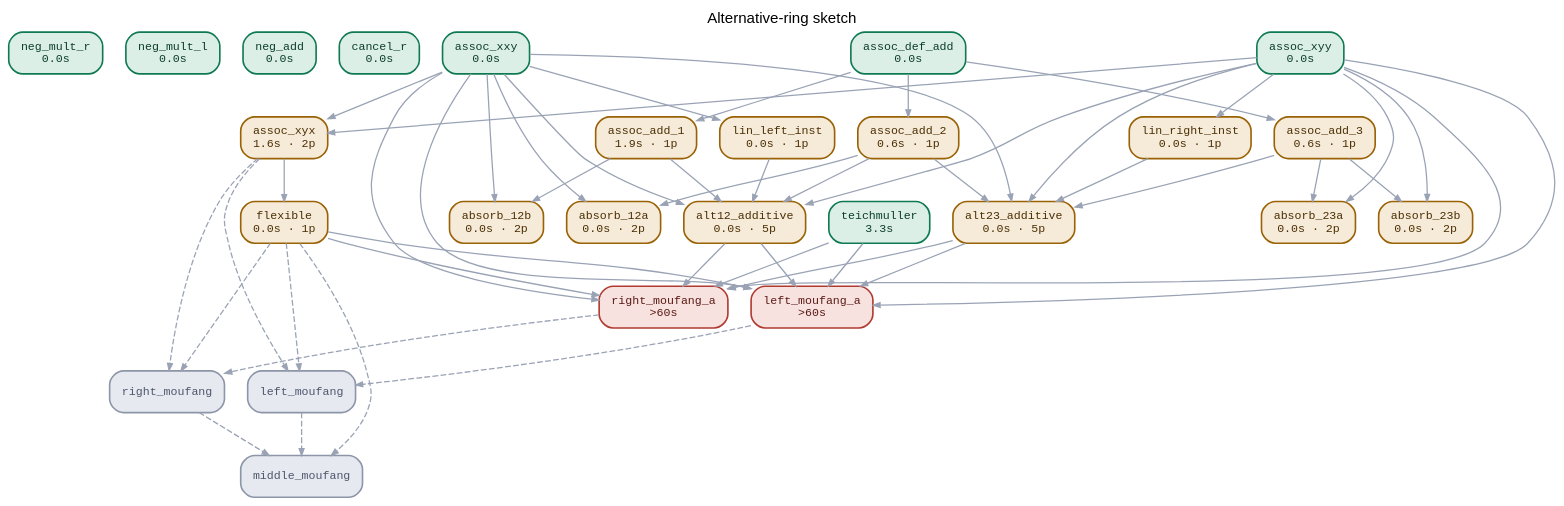
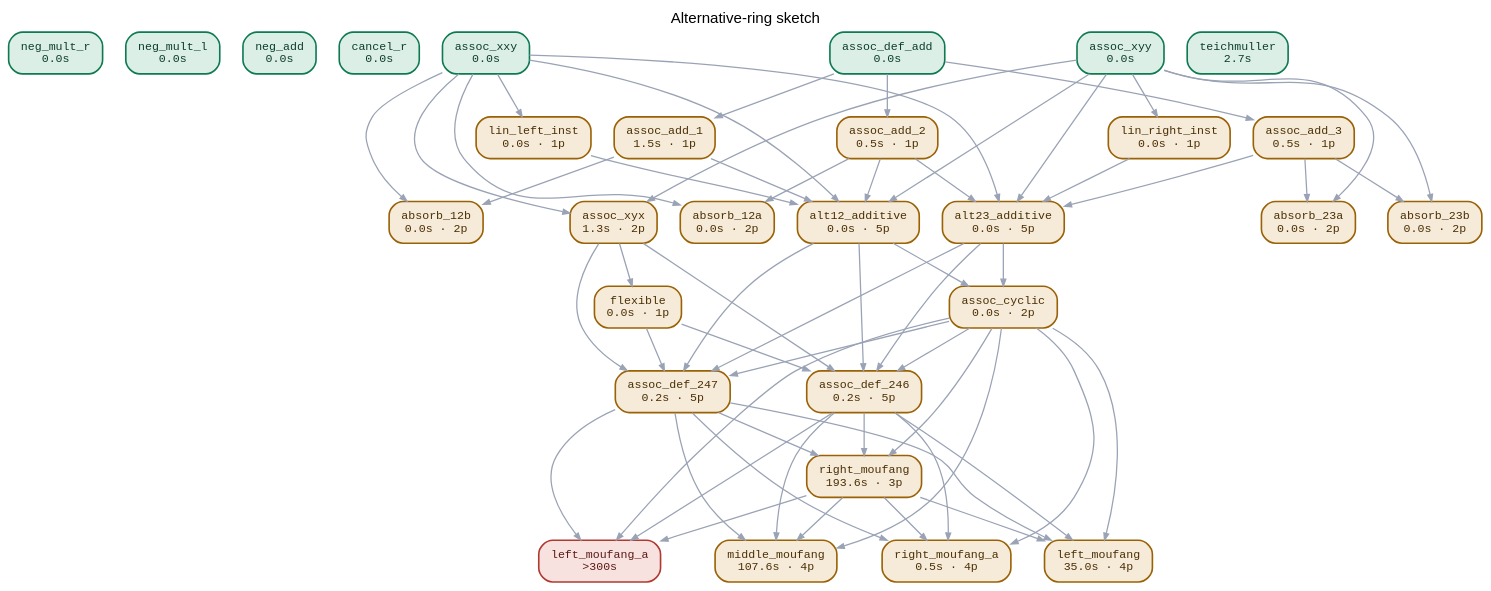
The diagram in docs/img/rng_dag.dot (yalhessi/overtone), drawn with Graphviz before and after one commit. The commit also changed 4 other files, not shown here.

```diff
--- a/docs/img/rng_dag.dot
+++ b/docs/img/rng_dag.dot
@@ -9,12 +9,12 @@
   "cancel_r" [id="node-cancel_r" class="n-proved" label="cancel_r\n0.0s" fillcolor="#dcefe6" color="#0f7a52" fontcolor="#0b3d2a" tooltip="add(add(X,Y),additive_inverse(Y)) = X  —  proved from the axioms"];
   "assoc_xxy" [id="node-assoc_xxy" class="n-proved" label="assoc_xxy\n0.0s" fillcolor="#dcefe6" color="#0f7a52" fontcolor="#0b3d2a" tooltip="associator(X,X,Y) = additive_identity  —  proved from the axioms"];
   "assoc_xyy" [id="node-assoc_xyy" class="n-proved" label="assoc_xyy\n0.0s" fillcolor="#dcefe6" color="#0f7a52" fontcolor="#0b3d2a" tooltip="associator(X,Y,Y) = additive_identity  —  proved from the axioms"];
-  "assoc_xyx" [id="node-assoc_xyx" class="n-proved_scoped" label="assoc_xyx\n1.6s · 2p" fillcolor="#f6ebd8" color="#9a6206" fontcolor="#4a2f05" tooltip="associator(X,Y,X) = additive_identity  —  proved with its parents supplied"];
+  "assoc_xyx" [id="node-assoc_xyx" class="n-proved_scoped" label="assoc_xyx\n1.3s · 2p" fillcolor="#f6ebd8" color="#9a6206" fontcolor="#4a2f05" tooltip="associator(X,Y,X) = additive_identity  —  proved with its parents supplied"];
   "flexible" [id="node-flexible" class="n-proved_scoped" label="flexible\n0.0s · 1p" fillcolor="#f6ebd8" color="#9a6206" fontcolor="#4a2f05" tooltip="multiply(multiply(X,Y),X) = multiply(X,multiply(Y,X))  —  proved with its parents supplied"];
   "assoc_def_add" [id="node-assoc_def_add" class="n-proved" label="assoc_def_add\n0.0s" fillcolor="#dcefe6" color="#0f7a52" fontcolor="#0b3d2a" tooltip="add(associator(X,Y,Z),multiply(X,multiply(Y,Z))) = multiply(multiply(X,Y),Z)  —  proved from the axioms"];
-  "assoc_add_1" [id="node-assoc_add_1" class="n-proved_scoped" label="assoc_add_1\n1.9s · 1p" fillcolor="#f6ebd8" color="#9a6206" fontcolor="#4a2f05" tooltip="associator(add(X,Y),Z,W) = add(associator(X,Z,W),associator(Y,Z,W))  —  proved with its parents supplied"];
-  "assoc_add_2" [id="node-assoc_add_2" class="n-proved_scoped" label="assoc_add_2\n0.6s · 1p" fillcolor="#f6ebd8" color="#9a6206" fontcolor="#4a2f05" tooltip="associator(X,add(Y,Z),W) = add(associator(X,Y,W),associator(X,Z,W))  —  proved with its parents supplied"];
-  "assoc_add_3" [id="node-assoc_add_3" class="n-proved_scoped" label="assoc_add_3\n0.6s · 1p" fillcolor="#f6ebd8" color="#9a6206" fontcolor="#4a2f05" tooltip="associator(X,Y,add(Z,W)) = add(associator(X,Y,Z),associator(X,Y,W))  —  proved with its parents supplied"];
+  "assoc_add_1" [id="node-assoc_add_1" class="n-proved_scoped" label="assoc_add_1\n1.5s · 1p" fillcolor="#f6ebd8" color="#9a6206" fontcolor="#4a2f05" tooltip="associator(add(X,Y),Z,W) = add(associator(X,Z,W),associator(Y,Z,W))  —  proved with its parents supplied"];
+  "assoc_add_2" [id="node-assoc_add_2" class="n-proved_scoped" label="assoc_add_2\n0.5s · 1p" fillcolor="#f6ebd8" color="#9a6206" fontcolor="#4a2f05" tooltip="associator(X,add(Y,Z),W) = add(associator(X,Y,W),associator(X,Z,W))  —  proved with its parents supplied"];
+  "assoc_add_3" [id="node-assoc_add_3" class="n-proved_scoped" label="assoc_add_3\n0.5s · 1p" fillcolor="#f6ebd8" color="#9a6206" fontcolor="#4a2f05" tooltip="associator(X,Y,add(Z,W)) = add(associator(X,Y,Z),associator(X,Y,W))  —  proved with its parents supplied"];
   "lin_left_inst" [id="node-lin_left_inst" class="n-proved_scoped" label="lin_left_inst\n0.0s · 1p" fillcolor="#f6ebd8" color="#9a6206" fontcolor="#4a2f05" tooltip="associator(add(X,Y),add(X,Y),Z) = additive_identity  —  proved with its parents supplied"];
   "lin_right_inst" [id="node-lin_right_inst" class="n-proved_scoped" label="lin_right_inst\n0.0s · 1p" fillcolor="#f6ebd8" color="#9a6206" fontcolor="#4a2f05" tooltip="associator(X,add(Y,Z),add(Y,Z)) = additive_identity  —  proved with its parents supplied"];
   "alt12_additive" [id="node-alt12_additive" class="n-proved_scoped" label="alt12_additive\n0.0s · 5p" fillcolor="#f6ebd8" color="#9a6206" fontcolor="#4a2f05" tooltip="add(associator(X,Y,Z),associator(Y,X,Z)) = additive_identity  —  proved with its parents supplied"];
@@ -23,12 +23,15 @@
   "absorb_12b" [id="node-absorb_12b" class="n-proved_scoped" label="absorb_12b\n0.0s · 2p" fillcolor="#f6ebd8" color="#9a6206" fontcolor="#4a2f05" tooltip="associator(add(X,Y),Y,Z) = associator(X,Y,Z)  —  proved with its parents supplied"];
   "absorb_23a" [id="node-absorb_23a" class="n-proved_scoped" label="absorb_23a\n0.0s · 2p" fillcolor="#f6ebd8" color="#9a6206" fontcolor="#4a2f05" tooltip="associator(X,Y,add(Y,Z)) = associator(X,Y,Z)  —  proved with its parents supplied"];
   "absorb_23b" [id="node-absorb_23b" class="n-proved_scoped" label="absorb_23b\n0.0s · 2p" fillcolor="#f6ebd8" color="#9a6206" fontcolor="#4a2f05" tooltip="associator(X,Y,add(Z,Y)) = associator(X,Y,Z)  —  proved with its parents supplied"];
-  "teichmuller" [id="node-teichmuller" class="n-proved" label="teichmuller\n3.3s" fillcolor="#dcefe6" color="#0f7a52" fontcolor="#0b3d2a" tooltip="add(associator(multiply(X,Y),Z,W),associator(X,Y,multiply(Z,W))) = add(add(associator(X,multiply(Y,Z),W),multiply(X,associator(Y,Z,W))),multiply(associator(X,Y,Z),W))  —  proved from the axioms"];
-  "right_moufang_a" [id="node-right_moufang_a" class="n-failed" label="right_moufang_a\n>60s" fillcolor="#f7e2df" color="#b03a30" fontcolor="#5a1a15" tooltip="associator(X,multiply(X,Y),Z) = multiply(associator(X,Y,Z),X)  —  attempted, unproven"];
-  "left_moufang_a" [id="node-left_moufang_a" class="n-failed" label="left_moufang_a\n>60s" fillcolor="#f7e2df" color="#b03a30" fontcolor="#5a1a15" tooltip="associator(X,multiply(Y,X),Z) = multiply(X,associator(X,Y,Z))  —  attempted, unproven"];
-  "right_moufang" [id="node-right_moufang" class="n-blocked" label="right_moufang" fillcolor="#e6e9f0" color="#8d95a8" fontcolor="#4d566b" tooltip="multiply(Z,multiply(multiply(X,Y),X)) = multiply(multiply(multiply(Z,X),Y),X)  —  blocked — a parent is unproven"];
-  "left_moufang" [id="node-left_moufang" class="n-blocked" label="left_moufang" fillcolor="#e6e9f0" color="#8d95a8" fontcolor="#4d566b" tooltip="multiply(multiply(multiply(X,Y),X),Z) = multiply(X,multiply(Y,multiply(X,Z)))  —  blocked — a parent is unproven"];
-  "middle_moufang" [id="node-middle_moufang" class="n-blocked" label="middle_moufang" fillcolor="#e6e9f0" color="#8d95a8" fontcolor="#4d566b" tooltip="multiply(multiply(X,Y),multiply(Z,X)) = multiply(X,multiply(multiply(Y,Z),X))  —  blocked — a parent is unproven"];
+  "teichmuller" [id="node-teichmuller" class="n-proved" label="teichmuller\n2.7s" fillcolor="#dcefe6" color="#0f7a52" fontcolor="#0b3d2a" tooltip="add(associator(multiply(X,Y),Z,W),associator(X,Y,multiply(Z,W))) = add(add(associator(X,multiply(Y,Z),W),multiply(X,associator(Y,Z,W))),multiply(associator(X,Y,Z),W))  —  proved from the axioms"];
+  "assoc_cyclic" [id="node-assoc_cyclic" class="n-proved_scoped" label="assoc_cyclic\n0.0s · 2p" fillcolor="#f6ebd8" color="#9a6206" fontcolor="#4a2f05" tooltip="associator(X,Y,Z) = associator(Y,Z,X)  —  proved with its parents supplied"];
+  "assoc_def_246" [id="node-assoc_def_246" class="n-proved_scoped" label="assoc_def_246\n0.2s · 5p" fillcolor="#f6ebd8" color="#9a6206" fontcolor="#4a2f05" tooltip="add(associator(X,Y,Z),multiply(Y,multiply(Z,X))) = multiply(multiply(Y,Z),X)  —  proved with its parents supplied"];
+  "assoc_def_247" [id="node-assoc_def_247" class="n-proved_scoped" label="assoc_def_247\n0.2s · 5p" fillcolor="#f6ebd8" color="#9a6206" fontcolor="#4a2f05" tooltip="add(associator(X,Y,Z),multiply(multiply(Y,X),Z)) = multiply(Y,multiply(X,Z))  —  proved with its parents supplied"];
+  "right_moufang_a" [id="node-right_moufang_a" class="n-proved_scoped" label="right_moufang_a\n0.5s · 4p" fillcolor="#f6ebd8" color="#9a6206" fontcolor="#4a2f05" tooltip="associator(X,multiply(X,Y),Z) = multiply(associator(X,Y,Z),X)  —  proved with its parents supplied"];
+  "left_moufang_a" [id="node-left_moufang_a" class="n-failed" label="left_moufang_a\n>300s" fillcolor="#f7e2df" color="#b03a30" fontcolor="#5a1a15" tooltip="associator(X,multiply(Y,X),Z) = multiply(X,associator(X,Y,Z))  —  attempted, unproven"];
+  "right_moufang" [id="node-right_moufang" class="n-proved_scoped" label="right_moufang\n193.6s · 3p" fillcolor="#f6ebd8" color="#9a6206" fontcolor="#4a2f05" tooltip="multiply(multiply(multiply(X,Y),Z),Y) = multiply(X,multiply(Y,multiply(Z,Y)))  —  proved with its parents supplied"];
+  "left_moufang" [id="node-left_moufang" class="n-proved_scoped" label="left_moufang\n35.0s · 4p" fillcolor="#f6ebd8" color="#9a6206" fontcolor="#4a2f05" tooltip="multiply(multiply(multiply(X,Y),X),Z) = multiply(X,multiply(Y,multiply(X,Z)))  —  proved with its parents supplied"];
+  "middle_moufang" [id="node-middle_moufang" class="n-proved_scoped" label="middle_moufang\n107.6s · 4p" fillcolor="#f6ebd8" color="#9a6206" fontcolor="#4a2f05" tooltip="multiply(multiply(X,Y),multiply(Z,X)) = multiply(X,multiply(multiply(Y,Z),X))  —  proved with its parents supplied"];
   "assoc_xxy" -> "assoc_xyx" [id="edge-assoc_xxy__assoc_xyx" class="e-proved_scoped"];
   "assoc_xyy" -> "assoc_xyx" [id="edge-assoc_xyy__assoc_xyx" class="e-proved_scoped"];
   "assoc_xyx" -> "flexible" [id="edge-assoc_xyx__flexible" class="e-proved_scoped"];
@@ -55,25 +58,35 @@
   "assoc_xyy" -> "absorb_23a" [id="edge-assoc_xyy__absorb_23a" class="e-proved_scoped"];
   "assoc_add_3" -> "absorb_23b" [id="edge-assoc_add_3__absorb_23b" class="e-proved_scoped"];
   "assoc_xyy" -> "absorb_23b" [id="edge-assoc_xyy__absorb_23b" class="e-proved_scoped"];
-  "teichmuller" -> "right_moufang_a" [id="edge-teichmuller__right_moufang_a" class="e-failed"];
-  "alt12_additive" -> "right_moufang_a" [id="edge-alt12_additive__right_moufang_a" class="e-failed"];
-  "alt23_additive" -> "right_moufang_a" [id="edge-alt23_additive__right_moufang_a" class="e-failed"];
-  "assoc_xxy" -> "right_moufang_a" [id="edge-assoc_xxy__right_moufang_a" class="e-failed"];
-  "assoc_xyy" -> "right_moufang_a" [id="edge-assoc_xyy__right_moufang_a" class="e-failed"];
-  "flexible" -> "right_moufang_a" [id="edge-flexible__right_moufang_a" class="e-failed"];
-  "teichmuller" -> "left_moufang_a" [id="edge-teichmuller__left_moufang_a" class="e-failed"];
-  "alt12_additive" -> "left_moufang_a" [id="edge-alt12_additive__left_moufang_a" class="e-failed"];
-  "alt23_additive" -> "left_moufang_a" [id="edge-alt23_additive__left_moufang_a" class="e-failed"];
-  "assoc_xxy" -> "left_moufang_a" [id="edge-assoc_xxy__left_moufang_a" class="e-failed"];
-  "assoc_xyy" -> "left_moufang_a" [id="edge-assoc_xyy__left_moufang_a" class="e-failed"];
-  "flexible" -> "left_moufang_a" [id="edge-flexible__left_moufang_a" class="e-failed"];
-  "right_moufang_a" -> "right_moufang" [id="edge-right_moufang_a__right_moufang" class="e-blocked" style=dashed];
-  "flexible" -> "right_moufang" [id="edge-flexible__right_moufang" class="e-blocked" style=dashed];
-  "assoc_xyx" -> "right_moufang" [id="edge-assoc_xyx__right_moufang" class="e-blocked" style=dashed];
-  "left_moufang_a" -> "left_moufang" [id="edge-left_moufang_a__left_moufang" class="e-blocked" style=dashed];
-  "flexible" -> "left_moufang" [id="edge-flexible__left_moufang" class="e-blocked" style=dashed];
-  "assoc_xyx" -> "left_moufang" [id="edge-assoc_xyx__left_moufang" class="e-blocked" style=dashed];
-  "left_moufang" -> "middle_moufang" [id="edge-left_moufang__middle_moufang" class="e-blocked" style=dashed];
-  "right_moufang" -> "middle_moufang" [id="edge-right_moufang__middle_moufang" class="e-blocked" style=dashed];
-  "flexible" -> "middle_moufang" [id="edge-flexible__middle_moufang" class="e-blocked" style=dashed];
+  "alt12_additive" -> "assoc_cyclic" [id="edge-alt12_additive__assoc_cyclic" class="e-proved_scoped"];
+  "alt23_additive" -> "assoc_cyclic" [id="edge-alt23_additive__assoc_cyclic" class="e-proved_scoped"];
+  "assoc_cyclic" -> "assoc_def_246" [id="edge-assoc_cyclic__assoc_def_246" class="e-proved_scoped"];
+  "flexible" -> "assoc_def_246" [id="edge-flexible__assoc_def_246" class="e-proved_scoped"];
+  "assoc_xyx" -> "assoc_def_246" [id="edge-assoc_xyx__assoc_def_246" class="e-proved_scoped"];
+  "alt12_additive" -> "assoc_def_246" [id="edge-alt12_additive__assoc_def_246" class="e-proved_scoped"];
+  "alt23_additive" -> "assoc_def_246" [id="edge-alt23_additive__assoc_def_246" class="e-proved_scoped"];
+  "assoc_cyclic" -> "assoc_def_247" [id="edge-assoc_cyclic__assoc_def_247" class="e-proved_scoped"];
+  "flexible" -> "assoc_def_247" [id="edge-flexible__assoc_def_247" class="e-proved_scoped"];
+  "assoc_xyx" -> "assoc_def_247" [id="edge-assoc_xyx__assoc_def_247" class="e-proved_scoped"];
+  "alt12_additive" -> "assoc_def_247" [id="edge-alt12_additive__assoc_def_247" class="e-proved_scoped"];
+  "alt23_additive" -> "assoc_def_247" [id="edge-alt23_additive__assoc_def_247" class="e-proved_scoped"];
+  "assoc_cyclic" -> "right_moufang_a" [id="edge-assoc_cyclic__right_moufang_a" class="e-proved_scoped"];
+  "assoc_def_246" -> "right_moufang_a" [id="edge-assoc_def_246__right_moufang_a" class="e-proved_scoped"];
+  "assoc_def_247" -> "right_moufang_a" [id="edge-assoc_def_247__right_moufang_a" class="e-proved_scoped"];
+  "right_moufang" -> "right_moufang_a" [id="edge-right_moufang__right_moufang_a" class="e-proved_scoped"];
+  "assoc_cyclic" -> "left_moufang_a" [id="edge-assoc_cyclic__left_moufang_a" class="e-failed"];
+  "assoc_def_246" -> "left_moufang_a" [id="edge-assoc_def_246__left_moufang_a" class="e-failed"];
+  "assoc_def_247" -> "left_moufang_a" [id="edge-assoc_def_247__left_moufang_a" class="e-failed"];
+  "right_moufang" -> "left_moufang_a" [id="edge-right_moufang__left_moufang_a" class="e-failed"];
+  "assoc_cyclic" -> "right_moufang" [id="edge-assoc_cyclic__right_moufang" class="e-proved_scoped"];
+  "assoc_def_246" -> "right_moufang" [id="edge-assoc_def_246__right_moufang" class="e-proved_scoped"];
+  "assoc_def_247" -> "right_moufang" [id="edge-assoc_def_247__right_moufang" class="e-proved_scoped"];
+  "assoc_cyclic" -> "left_moufang" [id="edge-assoc_cyclic__left_moufang" class="e-proved_scoped"];
+  "assoc_def_246" -> "left_moufang" [id="edge-assoc_def_246__left_moufang" class="e-proved_scoped"];
+  "assoc_def_247" -> "left_moufang" [id="edge-assoc_def_247__left_moufang" class="e-proved_scoped"];
+  "right_moufang" -> "left_moufang" [id="edge-right_moufang__left_moufang" class="e-proved_scoped"];
+  "assoc_cyclic" -> "middle_moufang" [id="edge-assoc_cyclic__middle_moufang" class="e-proved_scoped"];
+  "assoc_def_246" -> "middle_moufang" [id="edge-assoc_def_246__middle_moufang" class="e-proved_scoped"];
+  "assoc_def_247" -> "middle_moufang" [id="edge-assoc_def_247__middle_moufang" class="e-proved_scoped"];
+  "right_moufang" -> "middle_moufang" [id="edge-right_moufang__middle_moufang" class="e-proved_scoped"];
 }
```
